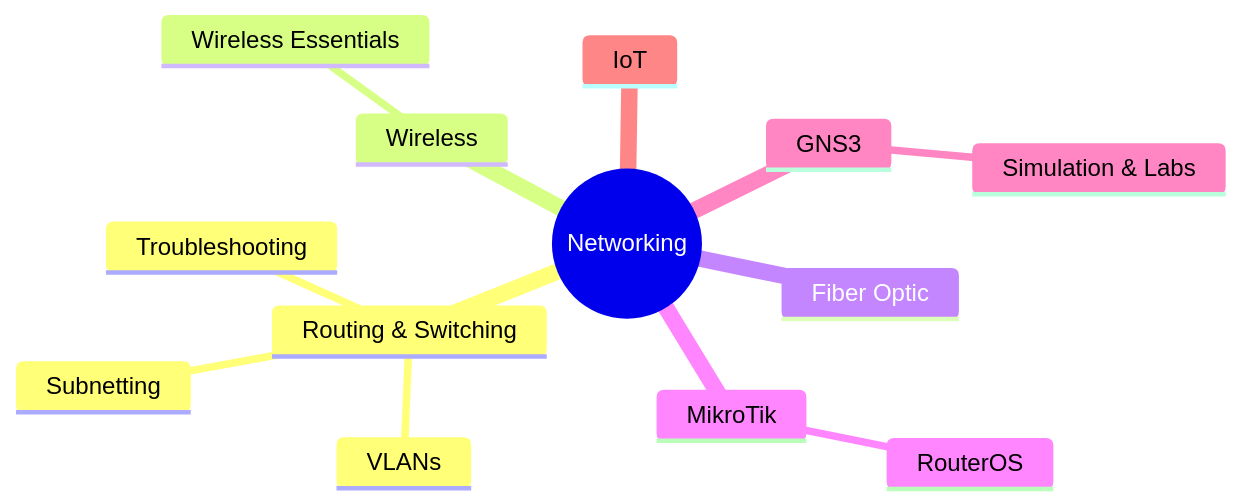
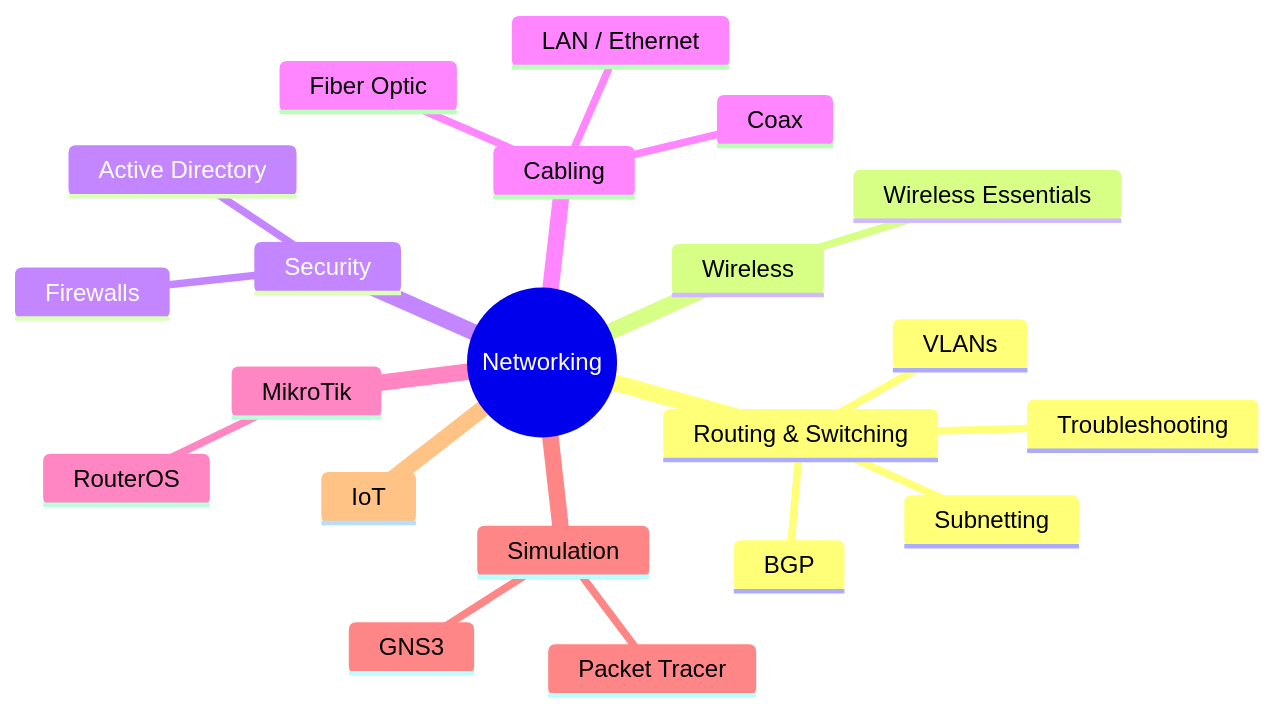
The diagram in README.md (ErdrinPervizaj-EP/ErdrinPervizaj-EP), drawn with Mermaid before and after one commit. The commit also changed other lines of this file, not shown here.

Commit message:
Expand tech stack: Packet Tracer, firewalls, BGP, coax, LAN, Active Directory

````diff
--- a/README.md
+++ b/README.md
@@ -37,16 +43,24 @@
 ```mermaid
 mindmap
   root((Networking))
     Routing & Switching
       Subnetting
       VLANs
+      BGP
       Troubleshooting
     Wireless
       Wireless Essentials
-    Fiber Optic
+    Security
+      Firewalls
+      Active Directory
+    Cabling
+      Fiber Optic
+      Coax
+      LAN / Ethernet
     MikroTik
       RouterOS
-    GNS3
-      Simulation & Labs
+    Simulation
+      Packet Tracer
+      GNS3
     IoT
 ```
````
